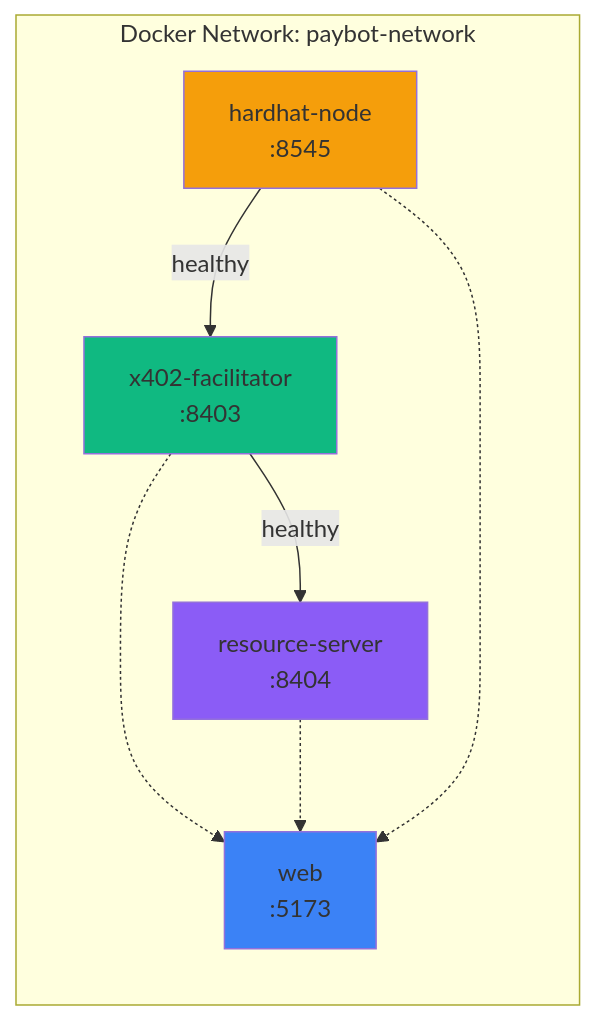
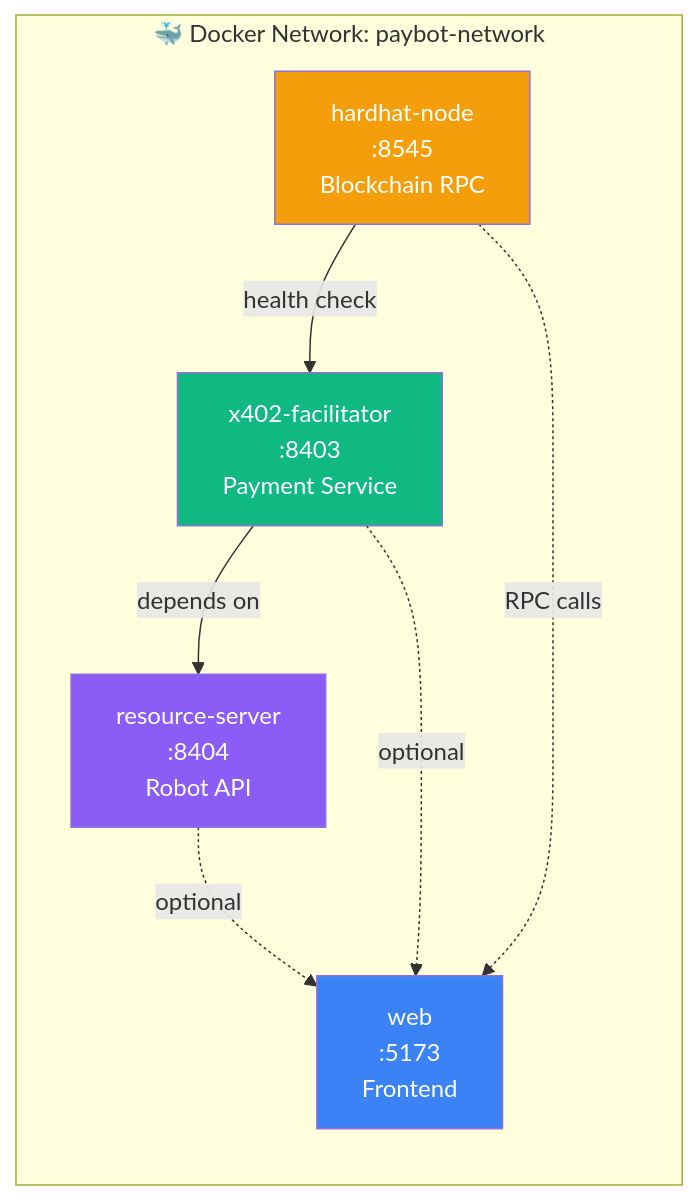
The third of 9 diagrams in README.md (superposition/paybot), drawn with Mermaid before and after one commit. The commit also changed other lines of this file and 1 other file, not shown here.

First line of the commit message:
feat: Complete X402 payment flow with facilitator and comprehensive documentation (#40)

````diff
--- a/README.md
+++ b/README.md
@@ -279,20 +123,21 @@
 ```mermaid
 graph LR
-    subgraph "Docker Network: paybot-network"
-        Hardhat[hardhat-node<br/>:8545]
-        Facilitator[x402-facilitator<br/>:8403]
-        Resource[resource-server<br/>:8404]
-        Web[web<br/>:5173]
+    subgraph "🐳 Docker Network: paybot-network"
+        direction TB
+        Hardhat[hardhat-node<br/>:8545<br/>Blockchain RPC]
+        Facilitator[x402-facilitator<br/>:8403<br/>Payment Service]
+        Resource[resource-server<br/>:8404<br/>Robot API]
+        Web[web<br/>:5173<br/>Frontend]
     end
 
-    Hardhat -->|healthy| Facilitator
-    Facilitator -->|healthy| Resource
-    Facilitator -.-> Web
-    Resource -.-> Web
-    Hardhat -.-> Web
+    Hardhat -->|health check| Facilitator
+    Facilitator -->|depends on| Resource
+    Resource -.->|optional| Web
+    Facilitator -.->|optional| Web
+    Hardhat -.->|RPC calls| Web
 
-    style Hardhat fill:#f59e0b
-    style Facilitator fill:#10b981
-    style Resource fill:#8b5cf6
-    style Web fill:#3b82f6
+    style Hardhat fill:#f59e0b,color:#fff
+    style Facilitator fill:#10b981,color:#fff
+    style Resource fill:#8b5cf6,color:#fff
+    style Web fill:#3b82f6,color:#fff
 ```
````
